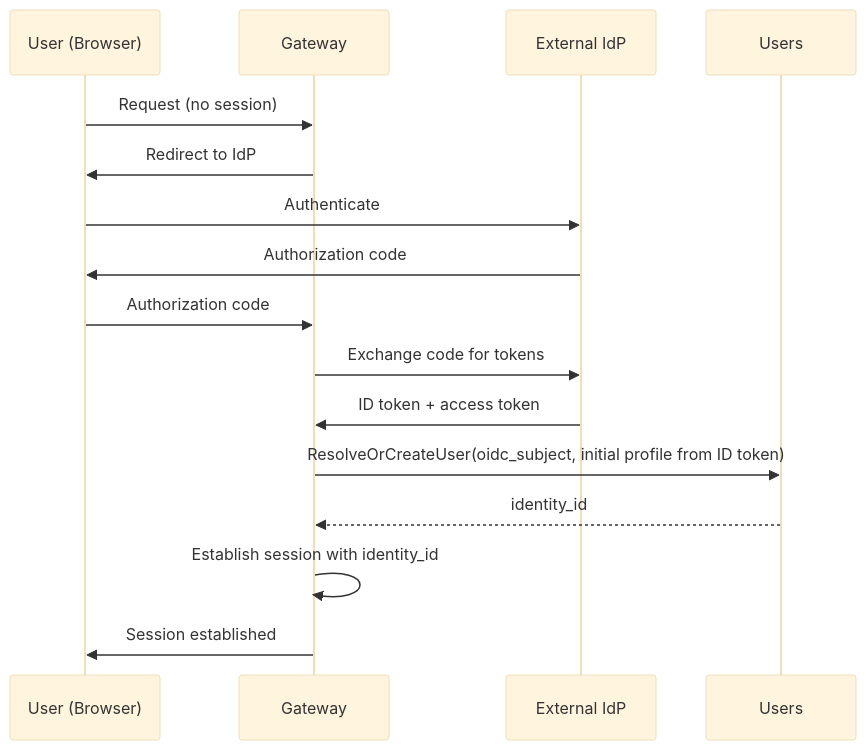
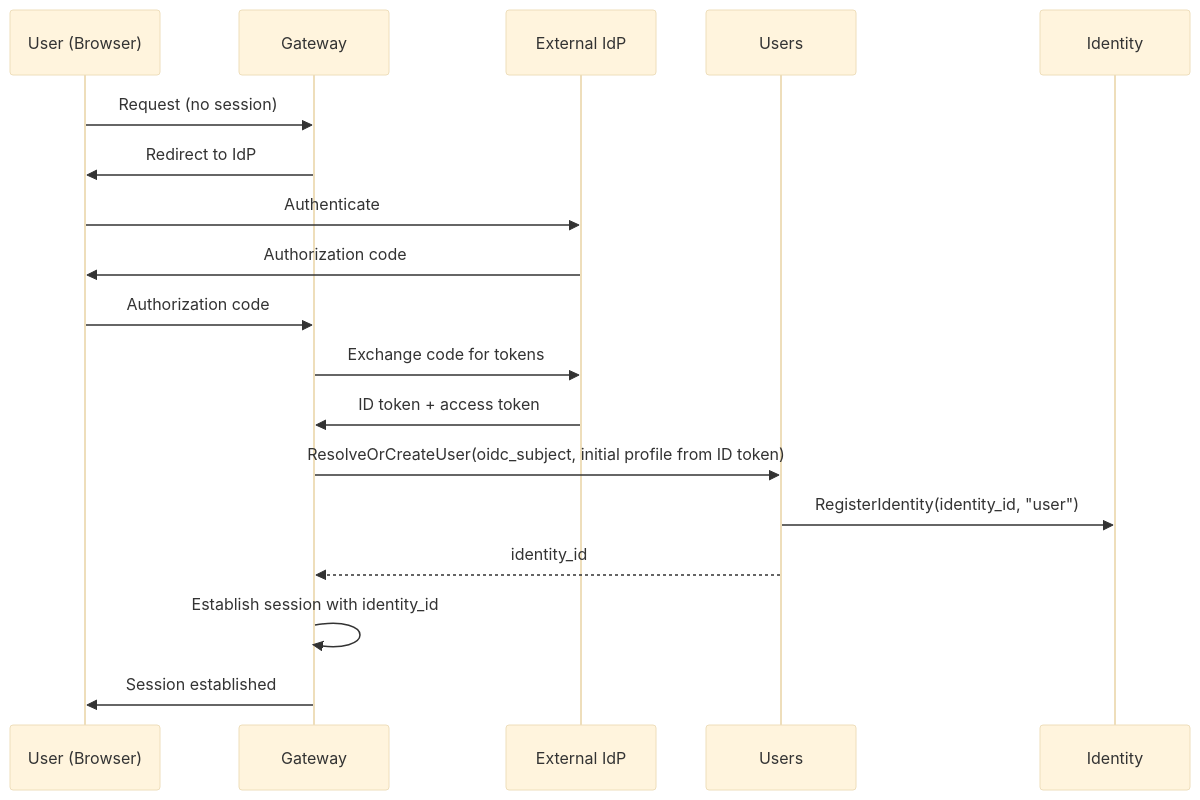
The diagram in architecture/users.md (agynio/architecture), drawn with Mermaid (base theme) before and after one commit. The commit also changed other lines of this file and 9 other files, not shown here.

````diff
--- a/architecture/users.md
+++ b/architecture/users.md
@@ -36,19 +36,21 @@
 ```mermaid
 sequenceDiagram
     participant U as User (Browser)
     participant GW as Gateway
     participant IdP as External IdP
     participant US as Users
+    participant IS as Identity
 
     U->>GW: Request (no session)
     GW->>U: Redirect to IdP
     U->>IdP: Authenticate
     IdP->>U: Authorization code
     U->>GW: Authorization code
     GW->>IdP: Exchange code for tokens
     IdP->>GW: ID token + access token
     GW->>US: ResolveOrCreateUser(oidc_subject, initial profile from ID token)
+    US->>IS: RegisterIdentity(identity_id, "user")
     US-->>GW: identity_id
     GW->>GW: Establish session with identity_id
     GW->>U: Session established
 ```
````
